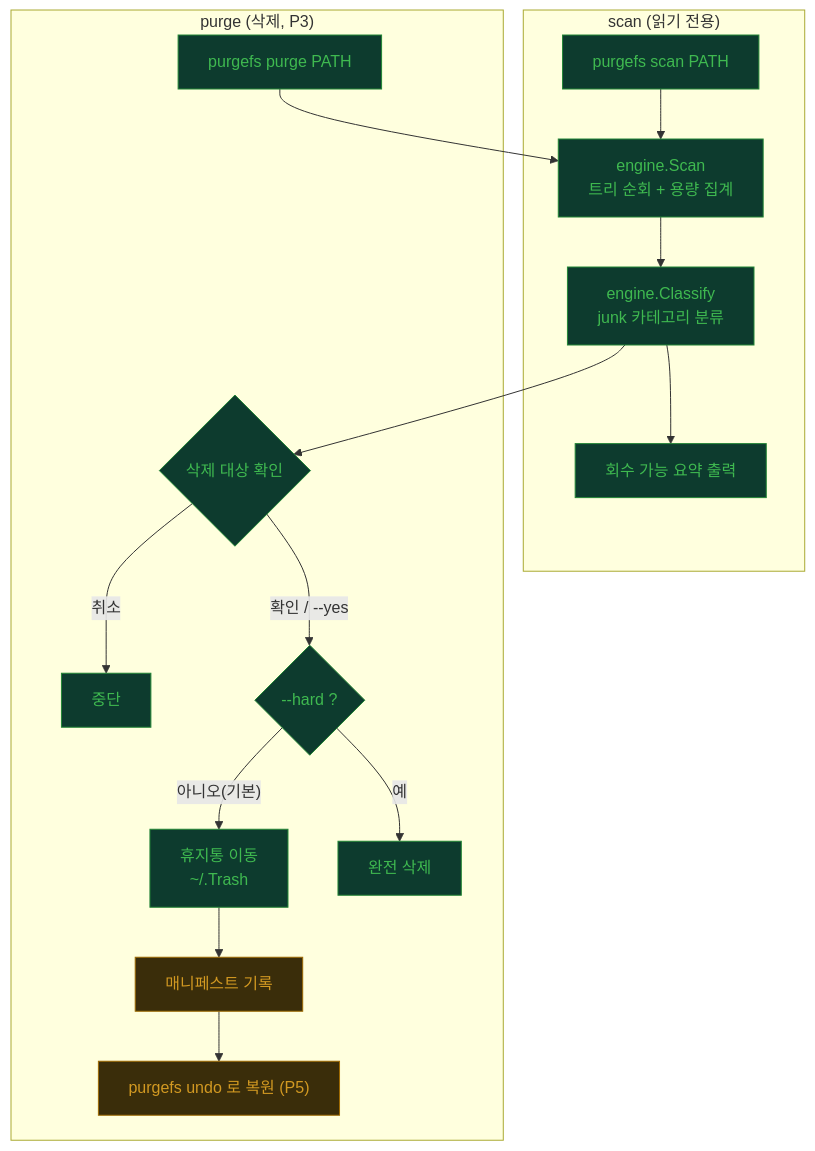
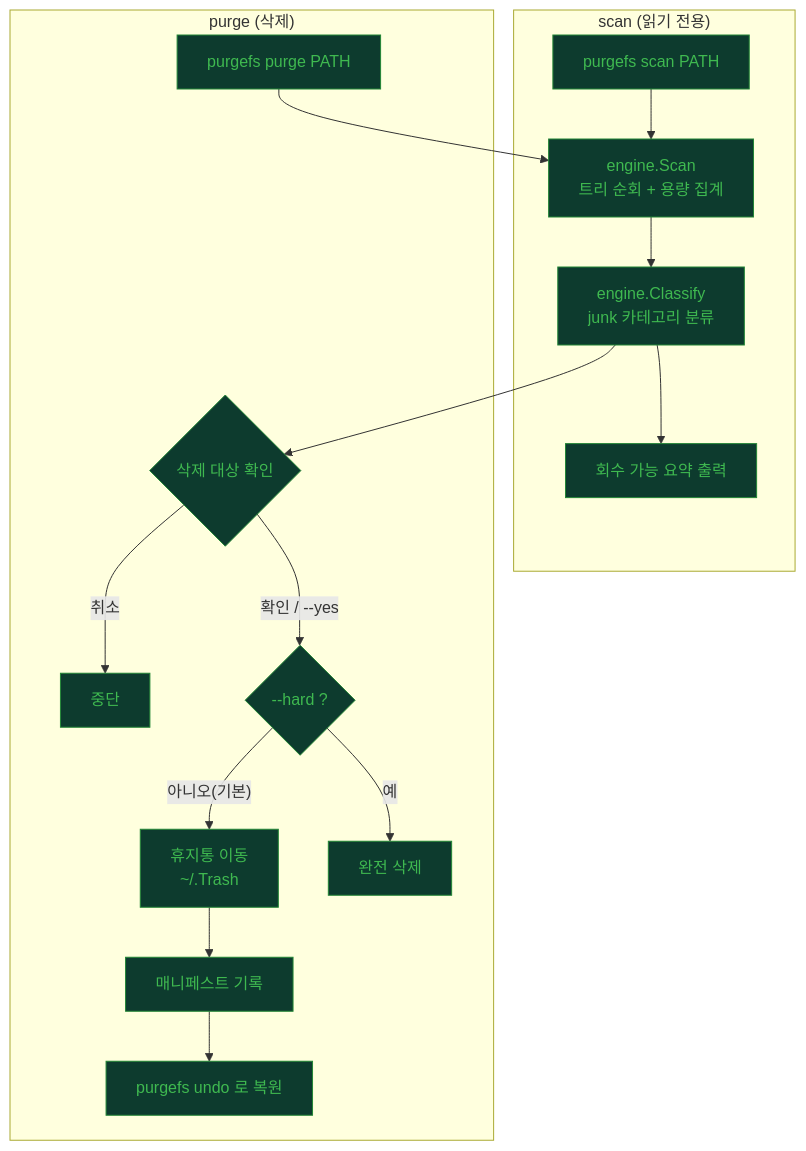
Before and after one commit to seeminglyjs/PurgeFs: the second of 3 diagrams in README.md, drawn with Mermaid. The commit also changed other lines of this file, not shown here.

Commit message:
docs: finalize README for P5 (undo/preset commands, history pkg, all phases done)

````diff
--- a/README.md
+++ b/README.md
@@ -28,24 +28,22 @@
 ```mermaid
 flowchart TD
     subgraph SCAN["scan (읽기 전용)"]
         A["purgefs scan PATH"] --> B["engine.Scan<br/>트리 순회 + 용량 집계"]
         B --> C["engine.Classify<br/>junk 카테고리 분류"]
         C --> D["회수 가능 요약 출력"]
     end
 
-    subgraph PURGE["purge (삭제, P3)"]
+    subgraph PURGE["purge (삭제)"]
         E["purgefs purge PATH"] --> B
         C --> F{"삭제 대상 확인"}
         F -- "취소" --> X["중단"]
         F -- "확인 / --yes" --> G{"--hard ?"}
         G -- "아니오(기본)" --> H["휴지통 이동<br/>~/.Trash"]
         G -- "예" --> I["완전 삭제"]
         H --> J["매니페스트 기록"]
-        J --> K["purgefs undo 로 복원 (P5)"]
+        J --> K["purgefs undo 로 복원"]
     end
 
     classDef done fill:#0d3b2e,color:#3fb950,stroke:#238636
-    classDef todo fill:#3a2d0a,color:#d29922,stroke:#9e6a03
-    class A,B,C,D,E,F,G,H,I,X done
-    class J,K todo
+    class A,B,C,D,E,F,G,H,I,J,K,X done
 ```
````
